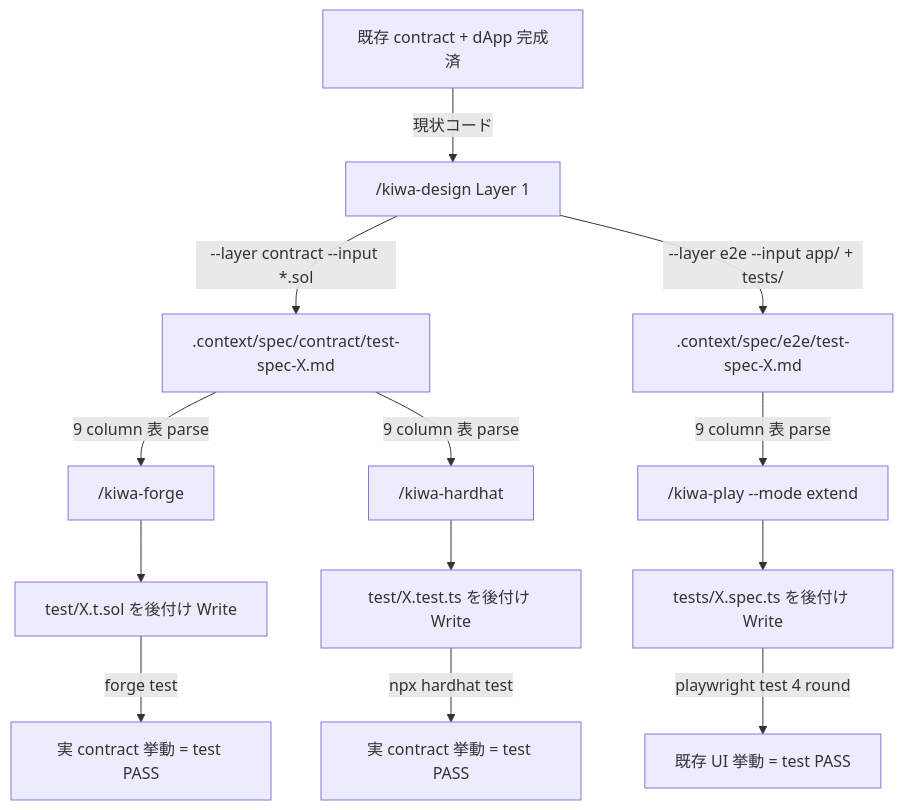
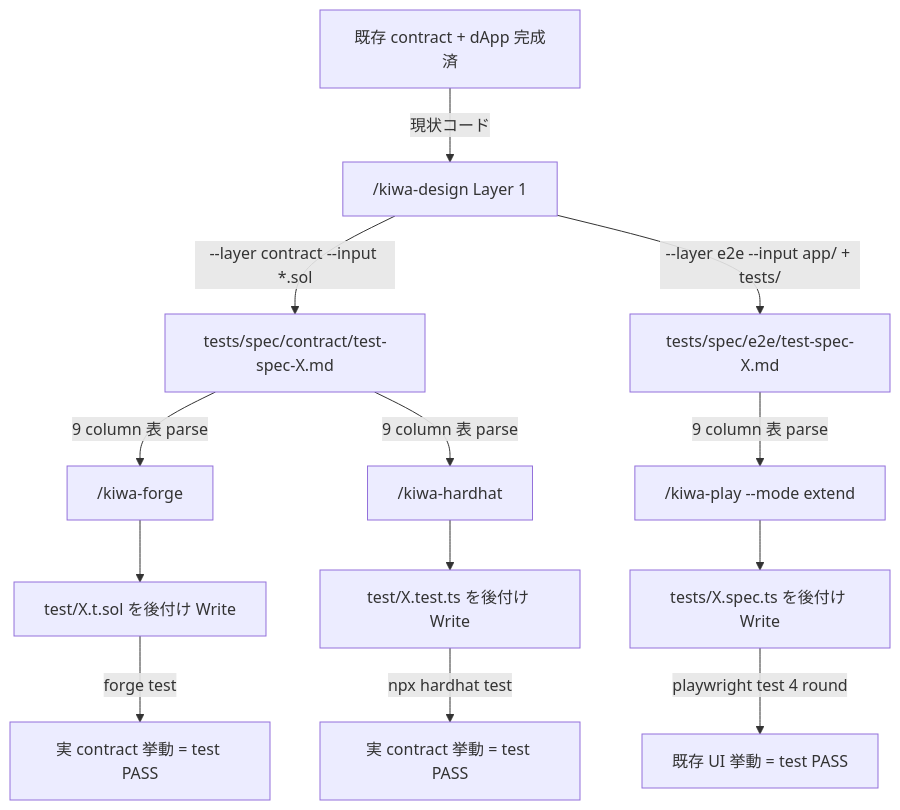
Before and after one commit to cardene777/kiwa: the diagram in tests/docs/skill-chain-tutorial.ja.md, drawn with Mermaid. The commit also changed other lines of this file and 21 other files, not shown here.

First line of the commit message:
🐛 fix(skills+docs): test 仕様書 path を .context/spec/ から tests/spec/ (repo root tracked) に統一 (#215)

````diff
--- a/tests/docs/skill-chain-tutorial.ja.md
+++ b/tests/docs/skill-chain-tutorial.ja.md
@@ -11,15 +11,15 @@
 ```mermaid
 graph TD
     A[既存 contract + dApp 完成済] -->|現状コード| B["/kiwa-design Layer 1"]
-    B -->|--layer contract --input *.sol| C[.context/spec/contract/test-spec-X.md]
-    B -->|--layer e2e --input app/ + tests/| D[.context/spec/e2e/test-spec-X.md]
+    B -->|--layer contract --input *.sol| C[tests/spec/contract/test-spec-X.md]
+    B -->|--layer e2e --input app/ + tests/| D[tests/spec/e2e/test-spec-X.md]
     C -->|9 column 表 parse| E["/kiwa-forge"]
     C -->|9 column 表 parse| F["/kiwa-hardhat"]
     D -->|9 column 表 parse| G["/kiwa-play --mode extend"]
     E --> H[test/X.t.sol を後付け Write]
     F --> I[test/X.test.ts を後付け Write]
     G --> J[tests/X.spec.ts を後付け Write]
     H -->|forge test| K[実 contract 挙動 = test PASS]
     I -->|npx hardhat test| L[実 contract 挙動 = test PASS]
     J -->|playwright test 4 round| M[既存 UI 挙動 = test PASS]
 ```
````
